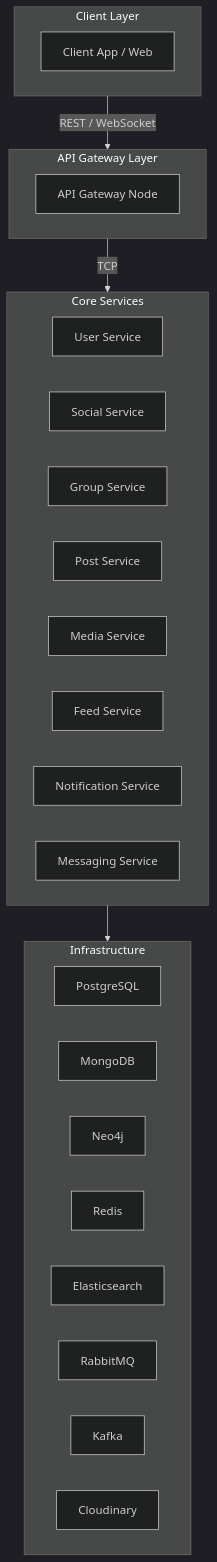
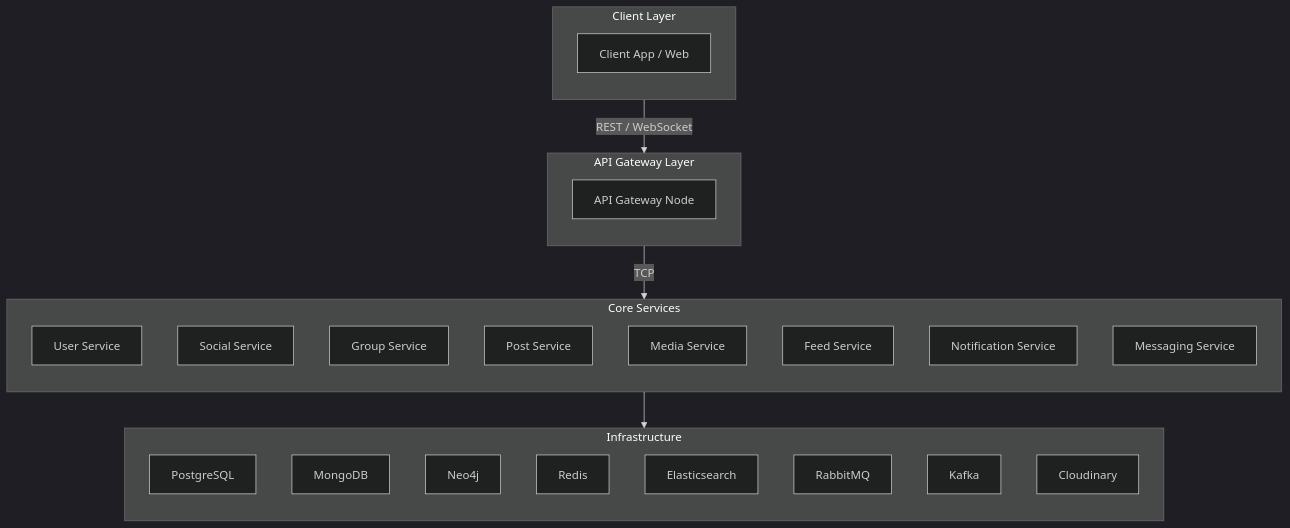
The diagram in doan.md (LeVanHuy84/microservice-server), drawn with Mermaid (dark theme) before and after one commit.

````diff
--- a/doan.md
+++ b/doan.md
@@ -2,62 +2,62 @@
 ``` mermaid
 flowchart TB
 
 %% =====================
 %% CLIENT
 %% =====================
 subgraph CLIENT["Client Layer"]
-  direction LR
+  direction TB
   Client["Client App / Web"]
 end
 
 %% =====================
 %% GATEWAY
 %% =====================
 subgraph GATEWAY["API Gateway Layer"]
-  direction LR
+  direction TB
   APIGW["API Gateway Node"]
 end
 
 %% =====================
 %% CORE SERVICES
 %% =====================
 subgraph SERVICES["Core Services"]
-  direction LR
+  direction TB
 
   User["User Service"]
   Social["Social Service"]
   Group["Group Service"]
   Post["Post Service"]
 
   Media["Media Service"]
   Feed["Feed Service"]
   Notify["Notification Service"]
   Message["Messaging Service"]
 end
 
 %% =====================
 %% INFRASTRUCTURE
 %% =====================
 subgraph INFRA["Infrastructure"]
-  direction LR
+  direction TB
 
   PostgreSQL["PostgreSQL"]
   MongoDB["MongoDB"]
   Neo4j["Neo4j"]
 
   Redis["Redis"]
   Elastic["Elasticsearch"]
   RabbitMQ["RabbitMQ"]
 
   Kafka["Kafka"]
   Cloudinary["Cloudinary"]
 end
 
 %% =====================
 %% CONNECTIONS
 %% =====================
 CLIENT -->|REST / WebSocket| GATEWAY
 GATEWAY -->|TCP| SERVICES
 SERVICES --> INFRA
 
 ```
````
